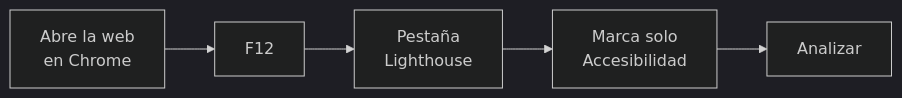
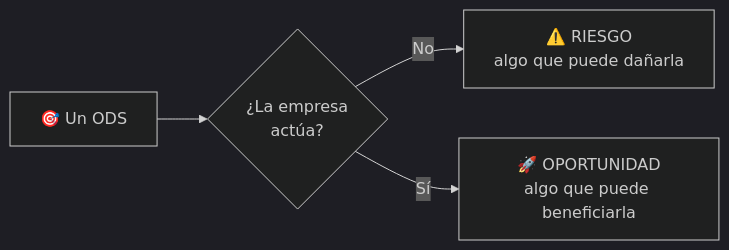
Before and after one commit to campusdevfp/sost2627: the fifth of 8 diagrams in docs/ut3/index.md, drawn with Mermaid (dark theme). The commit also changed other lines of this file and 5 other files, not shown here.

````diff
--- a/docs/ut3/index.md
+++ b/docs/ut3/index.md
@@ -435,4 +260,6 @@
 ```mermaid
 flowchart LR
-    A["Abre la web<br/>en Chrome"] --> B["F12"] --> C["Pestaña<br/>Lighthouse"] --> D["Marca solo<br/>Accesibilidad"] --> E["Analizar"]
+    O["🎯 Un ODS"] --> N{"¿La empresa<br/>actúa?"}
+    N -->|No| R["⚠️ RIESGO<br/>algo que puede dañarla"]
+    N -->|Sí| P["🚀 OPORTUNIDAD<br/>algo que puede beneficiarla"]
 ```
````
